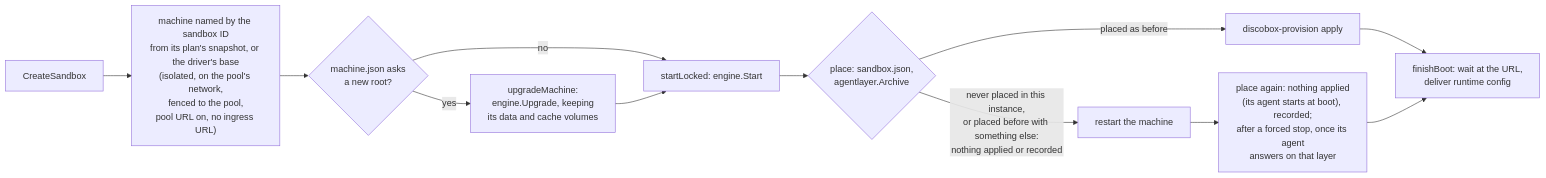
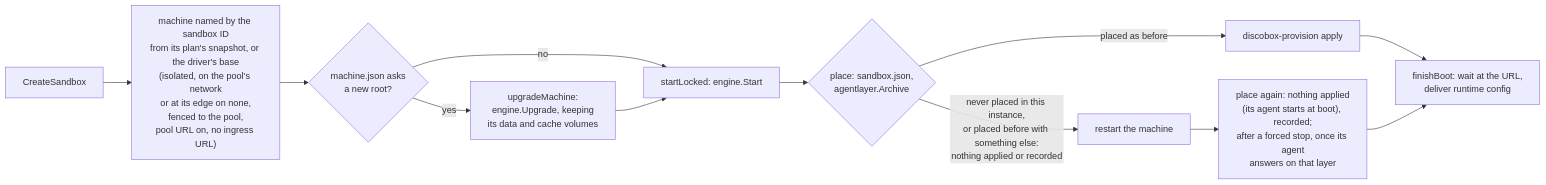
Before and after one commit to discobox-ai/discobox: the fourth of 13 diagrams in pool-agent/DESIGN.md, drawn with Mermaid. The commit also changed other lines of this file and 19 other files, not shown here.

First line of the commit message:
feat(providers): carry a pool fenced at its provider's edge (archil)

````diff
--- a/pool-agent/DESIGN.md
+++ b/pool-agent/DESIGN.md
@@ -1088,14 +1091,14 @@
 ```mermaid
 flowchart LR
-    create["CreateSandbox"] --> inst["machine named by the sandbox ID\nfrom its plan's snapshot, or the driver's base\n(isolated, on the pool's network,\nfenced to the pool,\npool URL on, no ingress URL)"]
+    create["CreateSandbox"] --> inst["machine named by the sandbox ID\nfrom its plan's snapshot, or the driver's base\n(isolated, on the pool's network\nor at its edge on none,\nfenced to the pool,\npool URL on, no ingress URL)"]
     inst --> newroot{"machine.json asks\na new root?"}
     newroot -->|yes| upgrade["upgradeMachine:\nengine.Upgrade, keeping\nits data and cache volumes"]
     newroot -->|no| start["startLocked: engine.Start"]
     upgrade --> start
     start --> place{"place: sandbox.json,\nagentlayer.Archive"}
     place -->|"placed as before"| apply["discobox-provision apply"]
     place -->|"never placed in this instance,\nor placed before with something else:\nnothing applied or recorded"| restart["restart the machine"]
     restart --> again["place again: nothing applied\n(its agent starts at boot), recorded;\nafter a forced stop, once its agent\nanswers on that layer"]
     apply --> boot["finishBoot: wait at the URL,\ndeliver runtime config"]
     again --> boot
 ```
````
